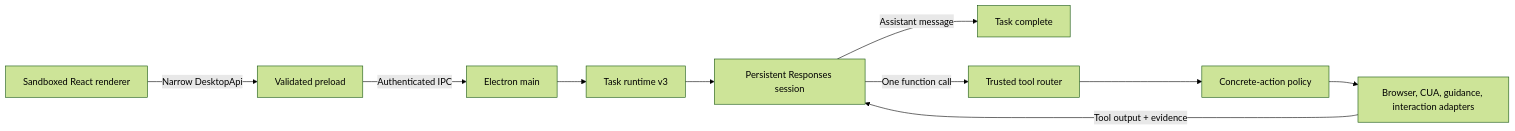
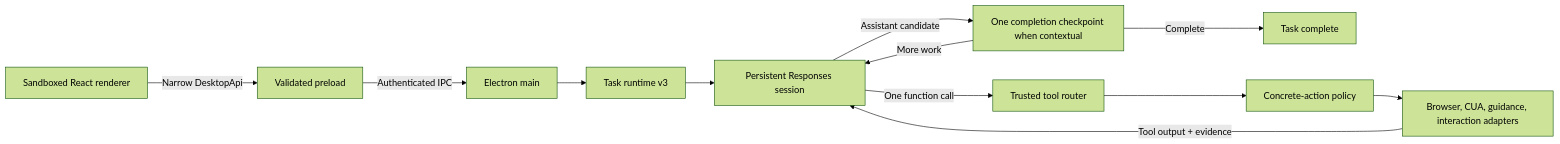
The diagram in docs/architecture.md (ducnguyen67201/TroCode), drawn with Mermaid (forest theme) before and after one commit. The commit also changed other lines of this file and 28 other files, not shown here.

````diff
--- a/docs/architecture.md
+++ b/docs/architecture.md
@@ -10,12 +10,14 @@
 ```mermaid
 flowchart LR
     UI["Sandboxed React renderer"] -->|"Narrow DesktopApi"| PRELOAD["Validated preload"]
     PRELOAD -->|"Authenticated IPC"| MAIN["Electron main"]
     MAIN --> RUNTIME["Task runtime v3"]
     RUNTIME --> AGENT["Persistent Responses session"]
-    AGENT -->|"Assistant message"| DONE["Task complete"]
+    AGENT -->|"Assistant candidate"| REVIEW["One completion checkpoint when contextual"]
+    REVIEW -->|"Complete"| DONE["Task complete"]
+    REVIEW -->|"More work"| AGENT
     AGENT -->|"One function call"| ROUTER["Trusted tool router"]
     ROUTER --> POLICY["Concrete-action policy"]
     POLICY --> ADAPTERS["Browser, CUA, guidance, interaction adapters"]
     ADAPTERS -->|"Tool output + evidence"| AGENT
 ```
````
